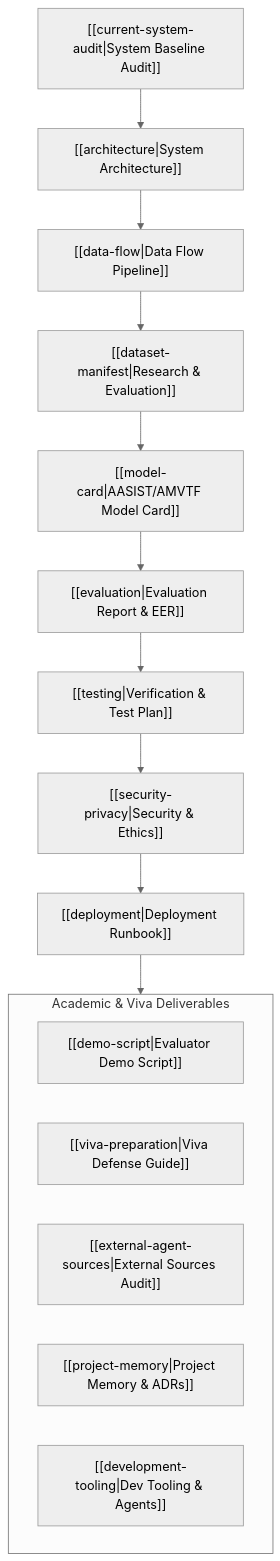
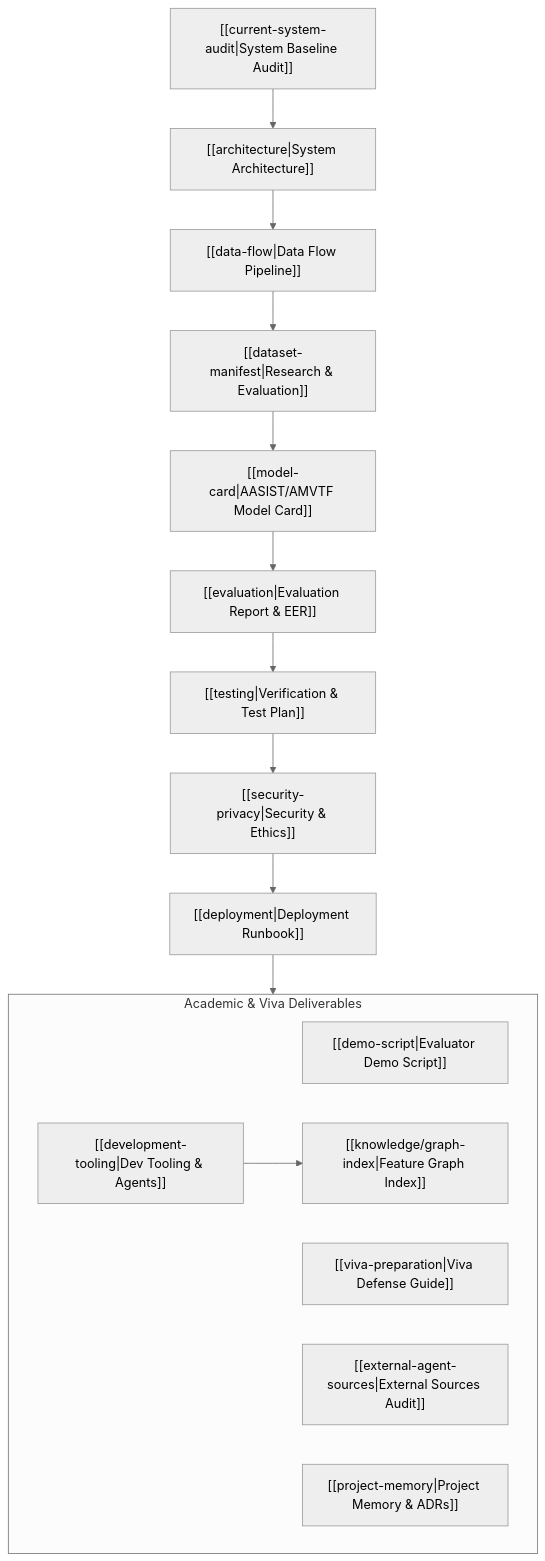
The diagram in docs/index.md (navadeepgevini/voxguardai), drawn with Mermaid (neutral theme) before and after one commit. The commit also changed other lines of this file and 29 other files, not shown here.

````diff
--- a/docs/index.md
+++ b/docs/index.md
@@ -15,21 +15,23 @@
 ```mermaid
 graph TD
     Audit["[[current-system-audit|System Baseline Audit]]"] --> Arch["[[architecture|System Architecture]]"]
     Arch --> DataFlow["[[data-flow|Data Flow Pipeline]]"]
     DataFlow --> Research["[[dataset-manifest|Research & Evaluation]]"]
     Research --> ModelCard["[[model-card|AASIST/AMVTF Model Card]]"]
     ModelCard --> Eval["[[evaluation|Evaluation Report & EER]]"]
     Eval --> TestPlan["[[testing|Verification & Test Plan]]"]
     TestPlan --> Sec["[[security-privacy|Security & Ethics]]"]
     Sec --> Deploy["[[deployment|Deployment Runbook]]"]
     
     subgraph AcademicDefense ["Academic & Viva Deliverables"]
         Demo["[[demo-script|Evaluator Demo Script]]"]
         Viva["[[viva-preparation|Viva Defense Guide]]"]
         Sources["[[external-agent-sources|External Sources Audit]]"]
         Memory["[[project-memory|Project Memory & ADRs]]"]
         Tooling["[[development-tooling|Dev Tooling & Agents]]"]
+        GraphIdx["[[knowledge/graph-index|Feature Graph Index]]"]
     end
     
     Deploy --> AcademicDefense
+    Tooling --> GraphIdx
 ```
````
